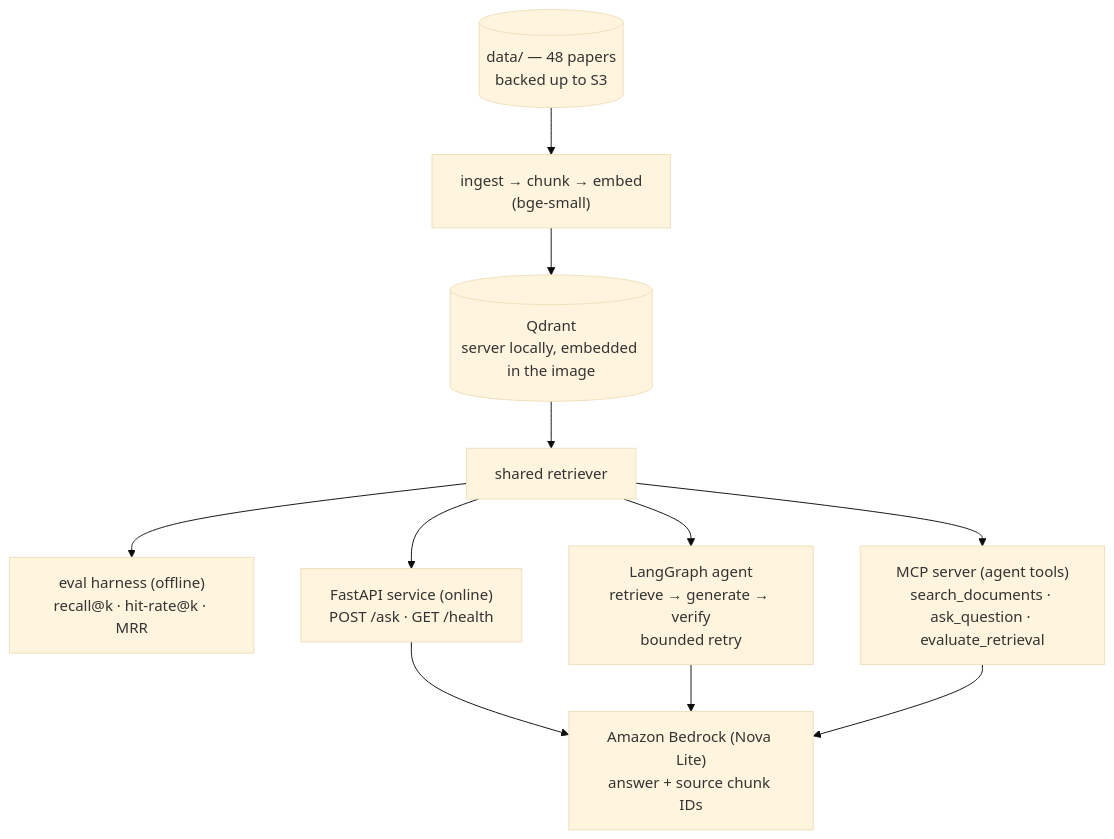
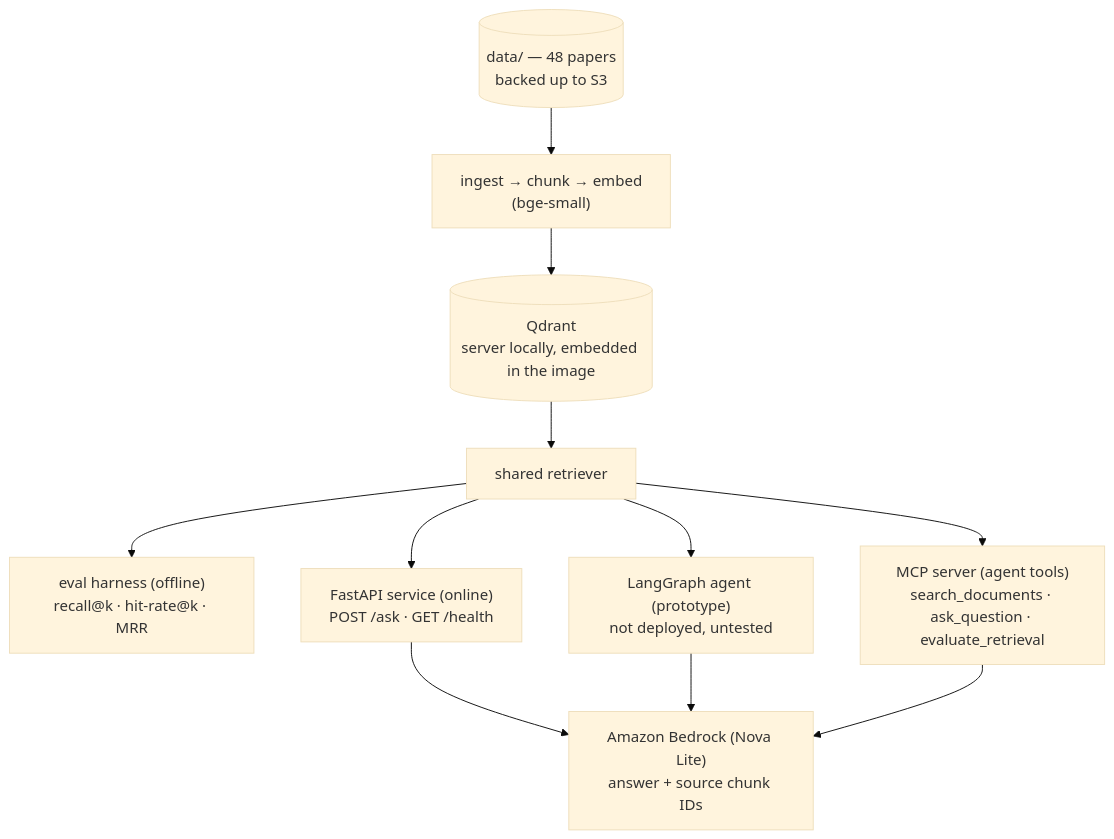
The first of 3 diagrams in README.md (zenith19/rag-eval-pipeline), drawn with Mermaid (base theme) before and after one commit. The commit also changed other lines of this file and 5 other files, not shown here.

````diff
--- a/README.md
+++ b/README.md
@@ -169,15 +182,15 @@
 ```mermaid
 flowchart TD
     D[("data/ &mdash; 48 papers<br/>backed up to S3")] --> ING["ingest &rarr; chunk &rarr; embed<br/>(bge-small)"]
     ING --> Q[("Qdrant<br/>server locally, embedded in the image")]
     Q --> R["shared retriever"]
 
     R --> EV["eval harness (offline)<br/>recall@k &middot; hit-rate@k &middot; MRR"]
     R --> API["FastAPI service (online)<br/>POST /ask &middot; GET /health"]
-    R --> AG["LangGraph agent<br/>retrieve &rarr; generate &rarr; verify<br/>bounded retry"]
+    R --> AG["LangGraph agent (prototype)<br/>not deployed, untested"]
     R --> MCP["MCP server (agent tools)<br/>search_documents &middot; ask_question &middot; evaluate_retrieval"]
 
     API --> BR["Amazon Bedrock (Nova Lite)<br/>answer + source chunk IDs"]
     AG --> BR
     MCP --> BR
 ```
````
